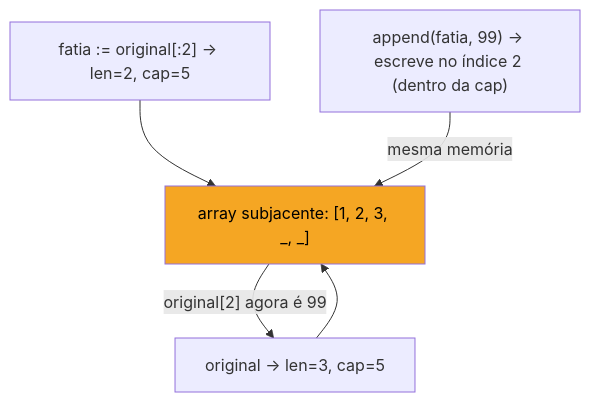
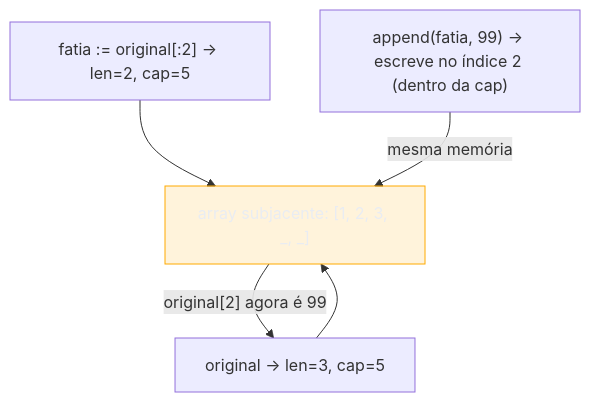
Before and after one commit to josenaldo/codex-technomanticus: the second of 2 diagrams in 03-Dominios/Tecnologia/Go/21 - Preparação para entrevista de Go/04 - Os gotchas favoritos.md, drawn with Mermaid. The commit also changed other lines of this file and 1181 other files, not shown here.

First line of the commit message:
fix(diagramas): paleta do sistema no lugar de cor cravada no markdown

````diff
--- a/03-Dominios/Tecnologia/Go/21 - Preparação para entrevista de Go/04 - Os gotchas favoritos.md
+++ b/03-Dominios/Tecnologia/Go/21 - Preparação para entrevista de Go/04 - Os gotchas favoritos.md
@@ -108,14 +110,15 @@
 ```mermaid
 flowchart TB
+    classDef destaque fill:#FFAA0024,stroke:#FFAA00,color:#E9ECF2
     Array["array subjacente: [1, 2, 3, _, _]"]
     Original["original → len=3, cap=5"]
     Fatia["fatia := original[:2] → len=2, cap=5"]
     Append["append(fatia, 99) → escreve no índice 2 (dentro da cap)"]
 
     Original --> Array
     Fatia --> Array
     Append -->|"mesma memória"| Array
     Array -->|"original[2] agora é 99"| Original
 
-    style Array fill:#F5A623,color:#000
+    class Array destaque
 ```
````
